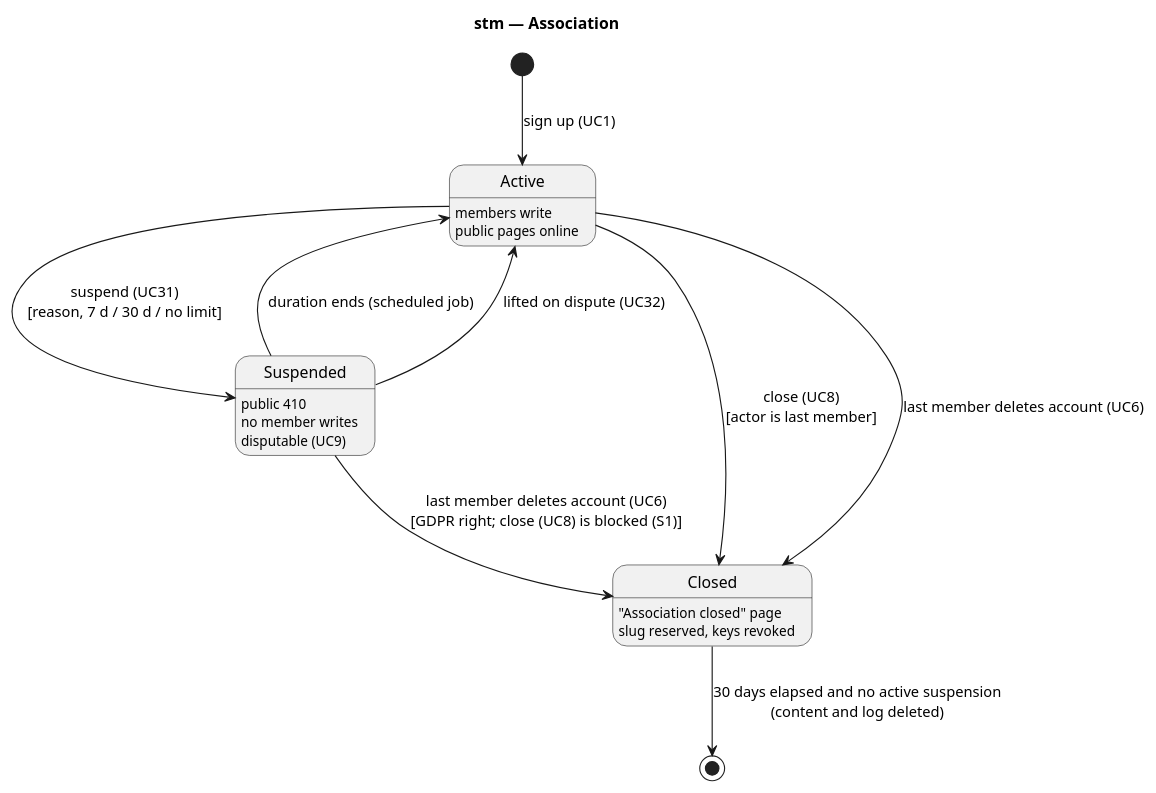
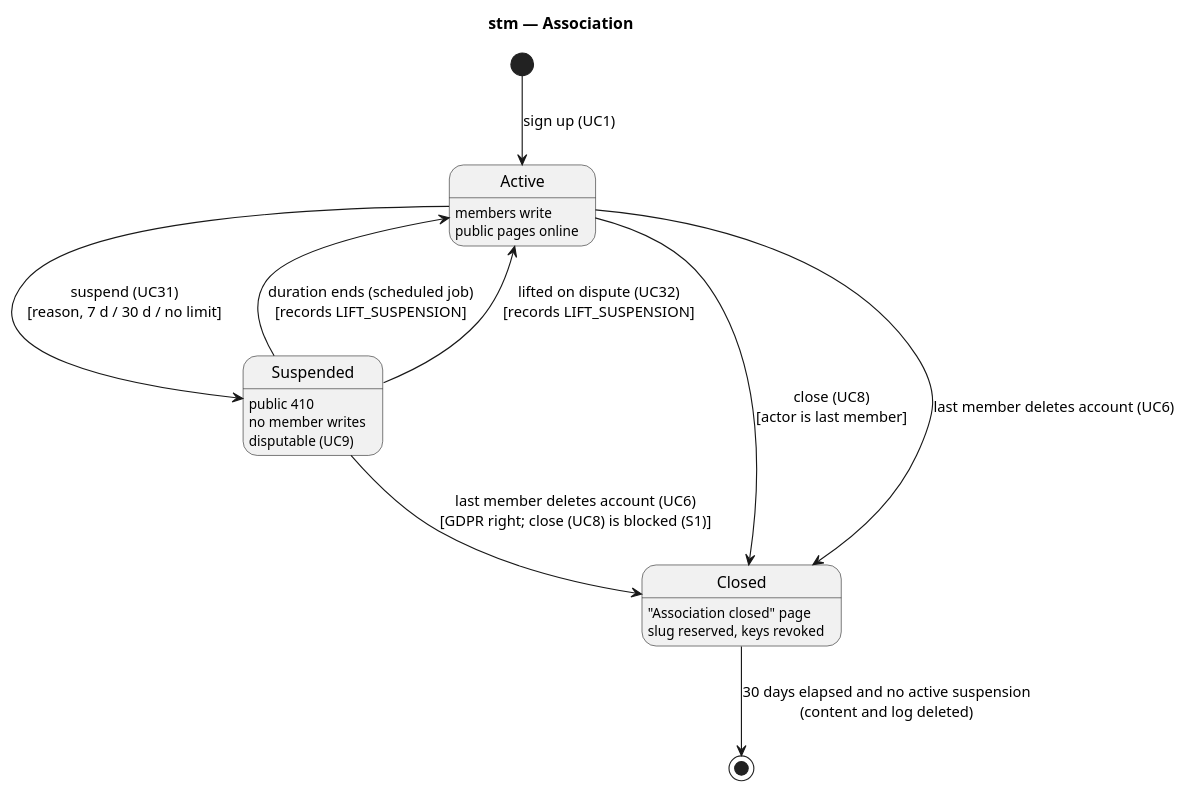
Before and after one commit to benoit-bremaud/HappiHub: the diagram in docs/architecture/diagrams/v1-events/05b-state-association.puml, drawn with PlantUML. The commit also changed 5 other files, not shown here.

Commit message:
docs(uml): align super admin handover and suspension lift records

```diff
--- a/docs/architecture/diagrams/v1-events/05b-state-association.puml
+++ b/docs/architecture/diagrams/v1-events/05b-state-association.puml
@@ -1,19 +1,19 @@
 @startuml
 title stm — Association
 skinparam shadowing false
 hide empty description
 
 [*] --> Active : sign up (UC1)
 
 state Active : members write\npublic pages online
 state Suspended : public 410\nno member writes\ndisputable (UC9)
 state Closed : "Association closed" page\nslug reserved, keys revoked
 
 Active --> Suspended : suspend (UC31)\n[reason, 7 d / 30 d / no limit]
-Suspended --> Active : duration ends (scheduled job)
-Suspended --> Active : lifted on dispute (UC32)
+Suspended --> Active : duration ends (scheduled job)\n[records LIFT_SUSPENSION]
+Suspended --> Active : lifted on dispute (UC32)\n[records LIFT_SUSPENSION]
 Active --> Closed : close (UC8)\n[actor is last member]
 Active --> Closed : last member deletes account (UC6)
 Suspended --> Closed : last member deletes account (UC6)\n[GDPR right; close (UC8) is blocked (S1)]
 Closed --> [*] : 30 days elapsed and no active suspension\n(content and log deleted)
 @enduml
```
